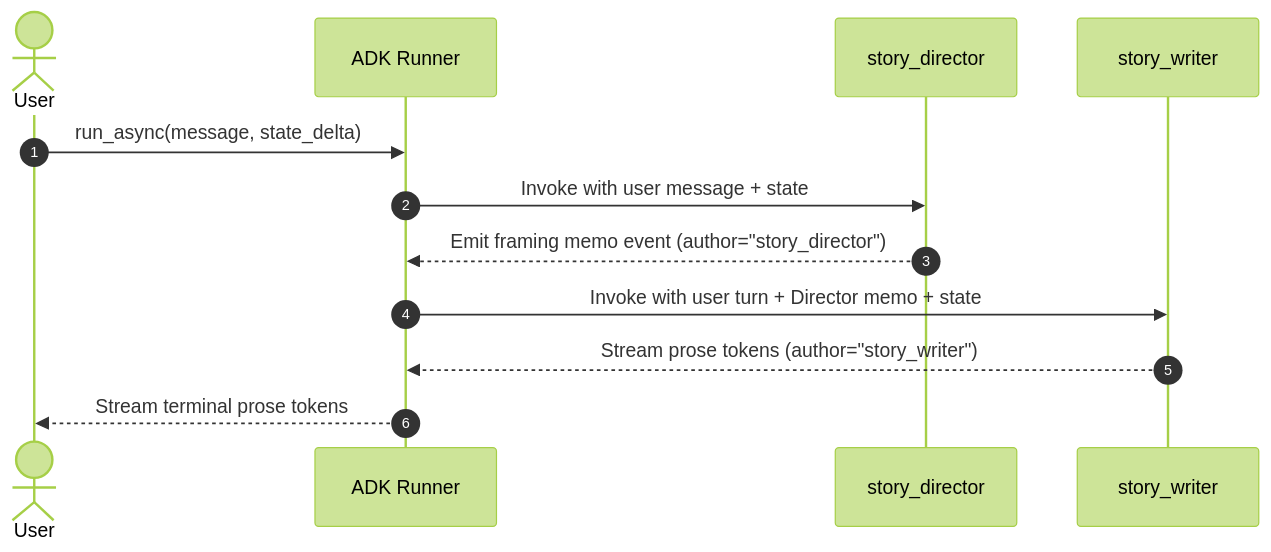
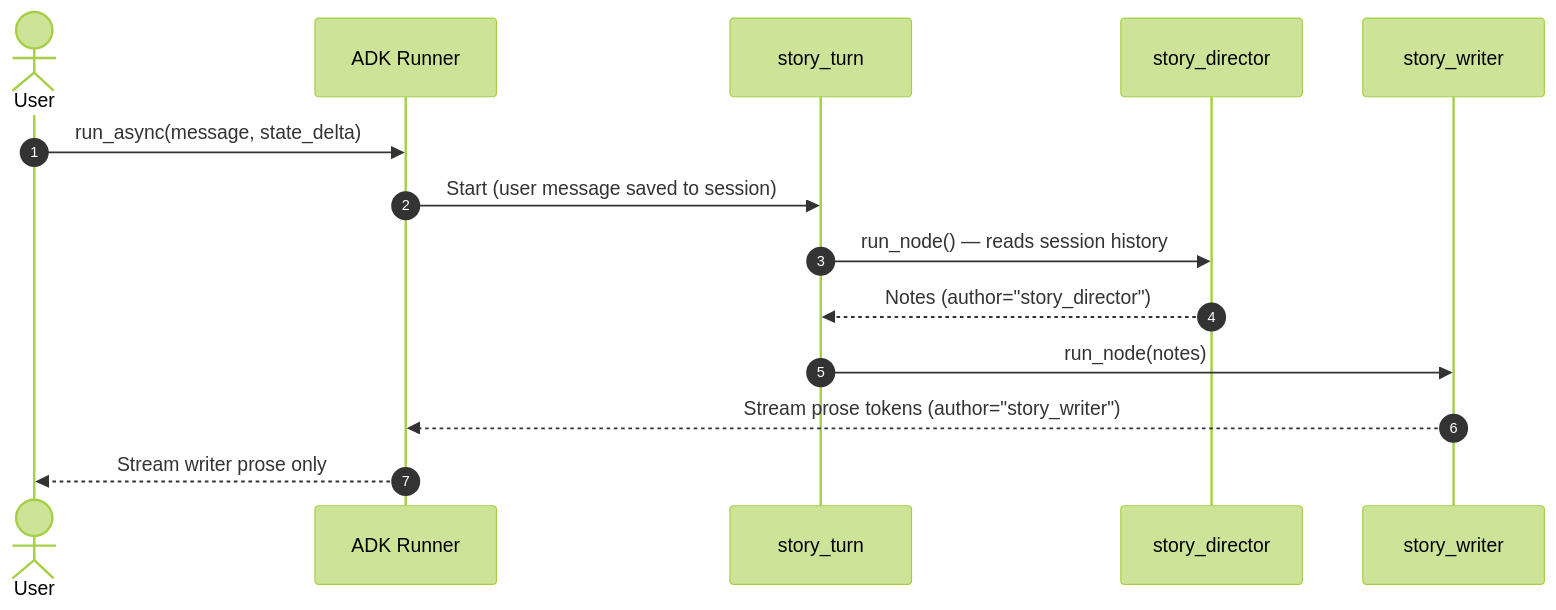
Before and after one commit to tangcc35/slm-vlm-post-training: the second of 4 diagrams in .agents/skills/story-copilot/references/story-workflow-graph.md, drawn with Mermaid (forest theme). The commit also changed other lines of this file and 23 other files, not shown here.

````diff
--- a/.agents/skills/story-copilot/references/story-workflow-graph.md
+++ b/.agents/skills/story-copilot/references/story-workflow-graph.md
@@ -73,15 +67,17 @@
 ```mermaid
 sequenceDiagram
     autonumber
     actor User
     participant Runner as ADK Runner
+    participant Turn as story_turn
     participant Director as story_director
     participant Writer as story_writer
 
     User->>Runner: run_async(message, state_delta)
-    Runner->>Director: Invoke with user message + state
-    Director-->>Runner: Emit framing memo event (author="story_director")
-    Runner->>Writer: Invoke with user turn + Director memo + state
+    Runner->>Turn: Start (user message saved to session)
+    Turn->>Director: run_node() — reads session history
+    Director-->>Turn: Notes (author="story_director")
+    Turn->>Writer: run_node(notes)
     Writer-->>Runner: Stream prose tokens (author="story_writer")
-    Runner-->>User: Stream terminal prose tokens
+    Runner-->>User: Stream writer prose only
 ```
````
